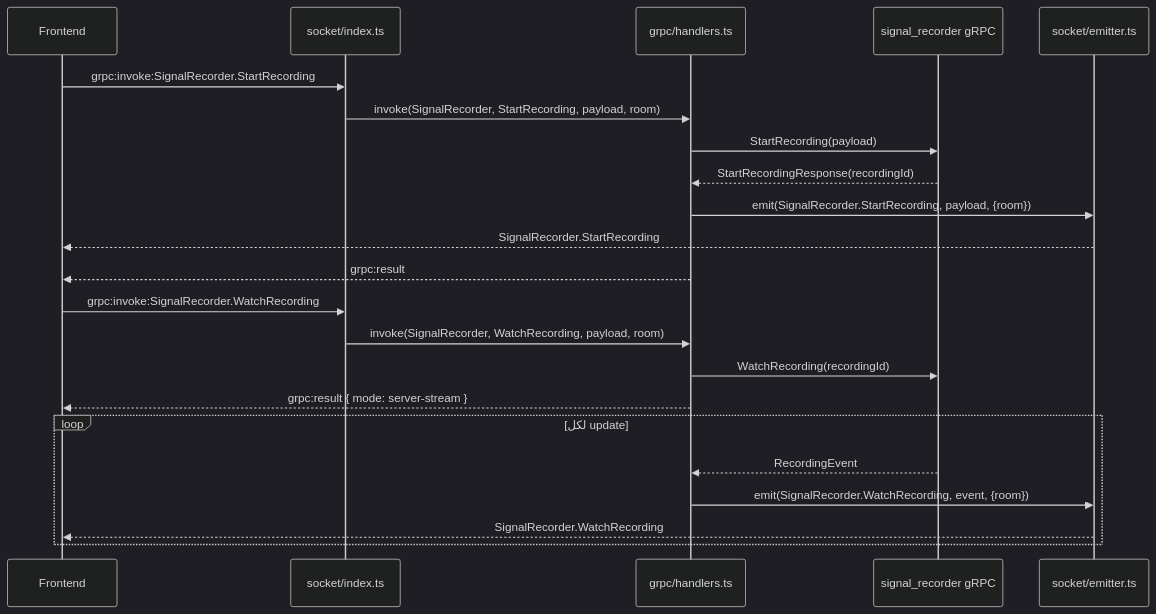
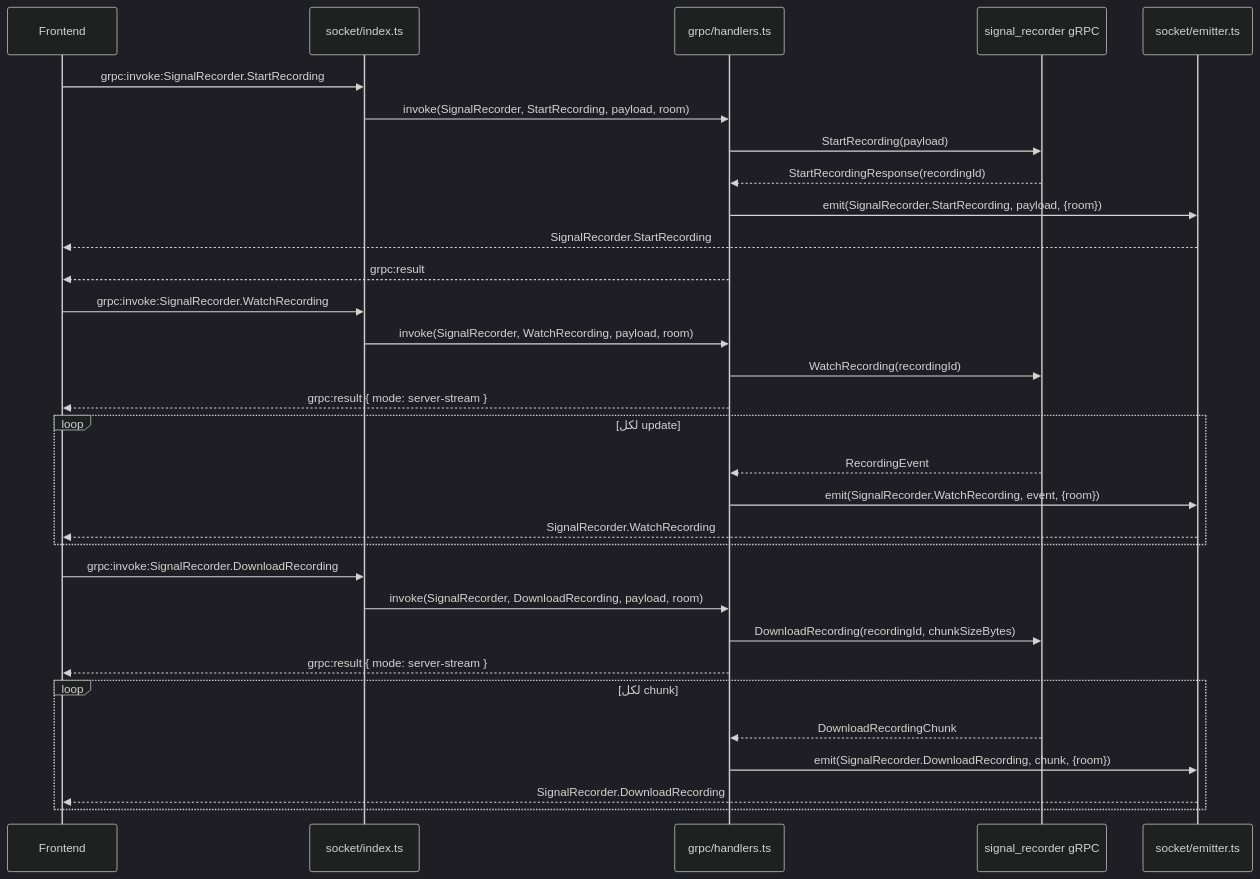
Diagram 12 of 14 in docs/runtime-workflow-deep-ar.md (abdaljalil1993/socketio_grpc_nodejs_spectrum_scanning), drawn with Mermaid (dark theme) before and after one commit. The commit also changed other lines of this file and 6 other files, not shown here.

Commit message:
signal recorder

````diff
--- a/docs/runtime-workflow-deep-ar.md
+++ b/docs/runtime-workflow-deep-ar.md
@@ -1362,27 +1391,38 @@
 ```mermaid
 sequenceDiagram
     participant FE as Frontend
     participant Socket as socket/index.ts
     participant Gateway as grpc/handlers.ts
     participant Recorder as signal_recorder gRPC
     participant Emitter as socket/emitter.ts
 
     FE->>Socket: grpc:invoke:SignalRecorder.StartRecording
     Socket->>Gateway: invoke(SignalRecorder, StartRecording, payload, room)
     Gateway->>Recorder: StartRecording(payload)
     Recorder-->>Gateway: StartRecordingResponse(recordingId)
     Gateway->>Emitter: emit(SignalRecorder.StartRecording, payload, {room})
     Emitter-->>FE: SignalRecorder.StartRecording
     Gateway-->>FE: grpc:result
 
     FE->>Socket: grpc:invoke:SignalRecorder.WatchRecording
     Socket->>Gateway: invoke(SignalRecorder, WatchRecording, payload, room)
     Gateway->>Recorder: WatchRecording(recordingId)
     Gateway-->>FE: grpc:result { mode: server-stream }
 
     loop لكل update
         Recorder-->>Gateway: RecordingEvent
         Gateway->>Emitter: emit(SignalRecorder.WatchRecording, event, {room})
         Emitter-->>FE: SignalRecorder.WatchRecording
     end
+
+   FE->>Socket: grpc:invoke:SignalRecorder.DownloadRecording
+   Socket->>Gateway: invoke(SignalRecorder, DownloadRecording, payload, room)
+   Gateway->>Recorder: DownloadRecording(recordingId, chunkSizeBytes)
+   Gateway-->>FE: grpc:result { mode: server-stream }
+
+   loop لكل chunk
+      Recorder-->>Gateway: DownloadRecordingChunk
+      Gateway->>Emitter: emit(SignalRecorder.DownloadRecording, chunk, {room})
+      Emitter-->>FE: SignalRecorder.DownloadRecording
+   end
 ```
````
